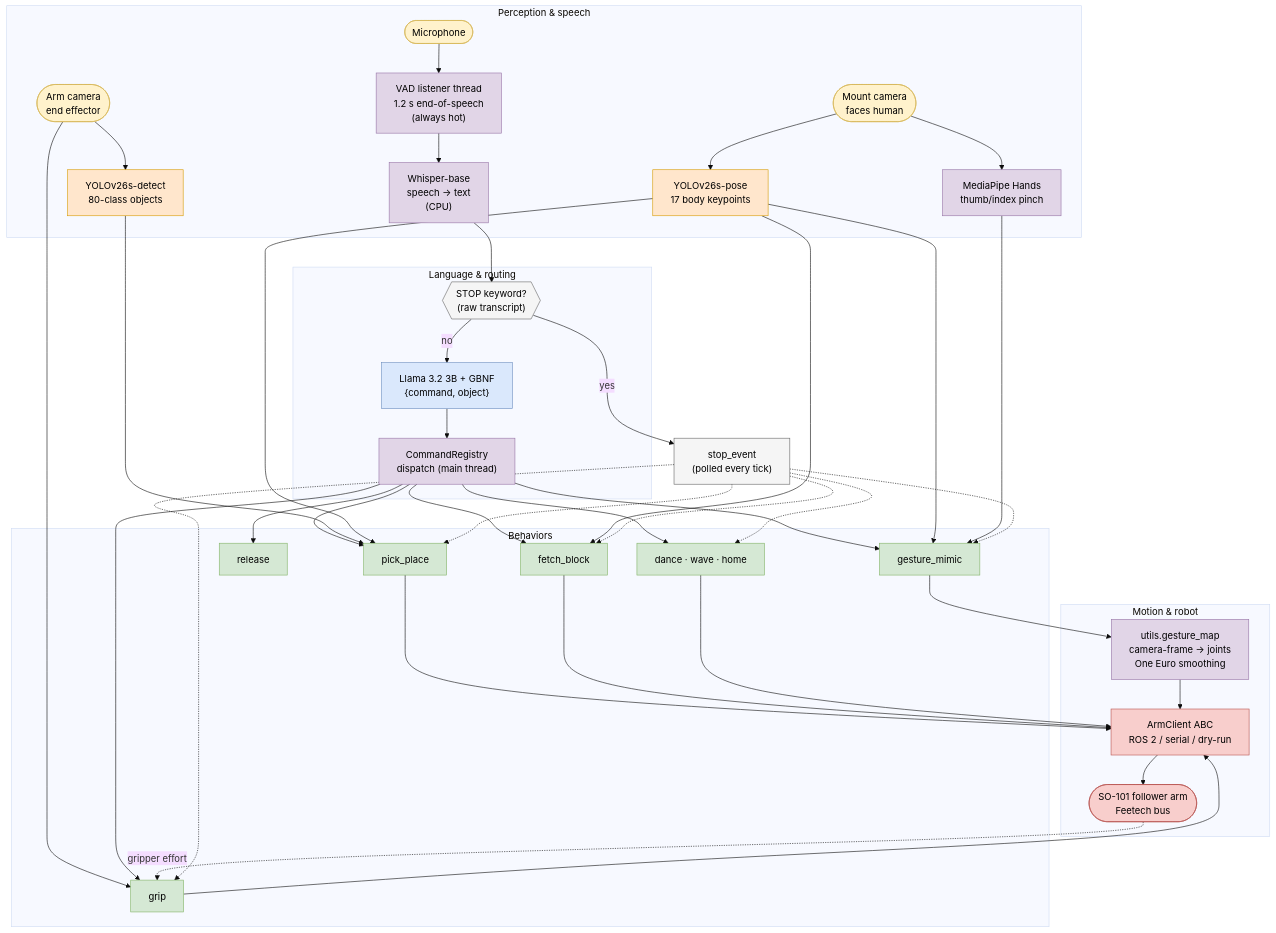
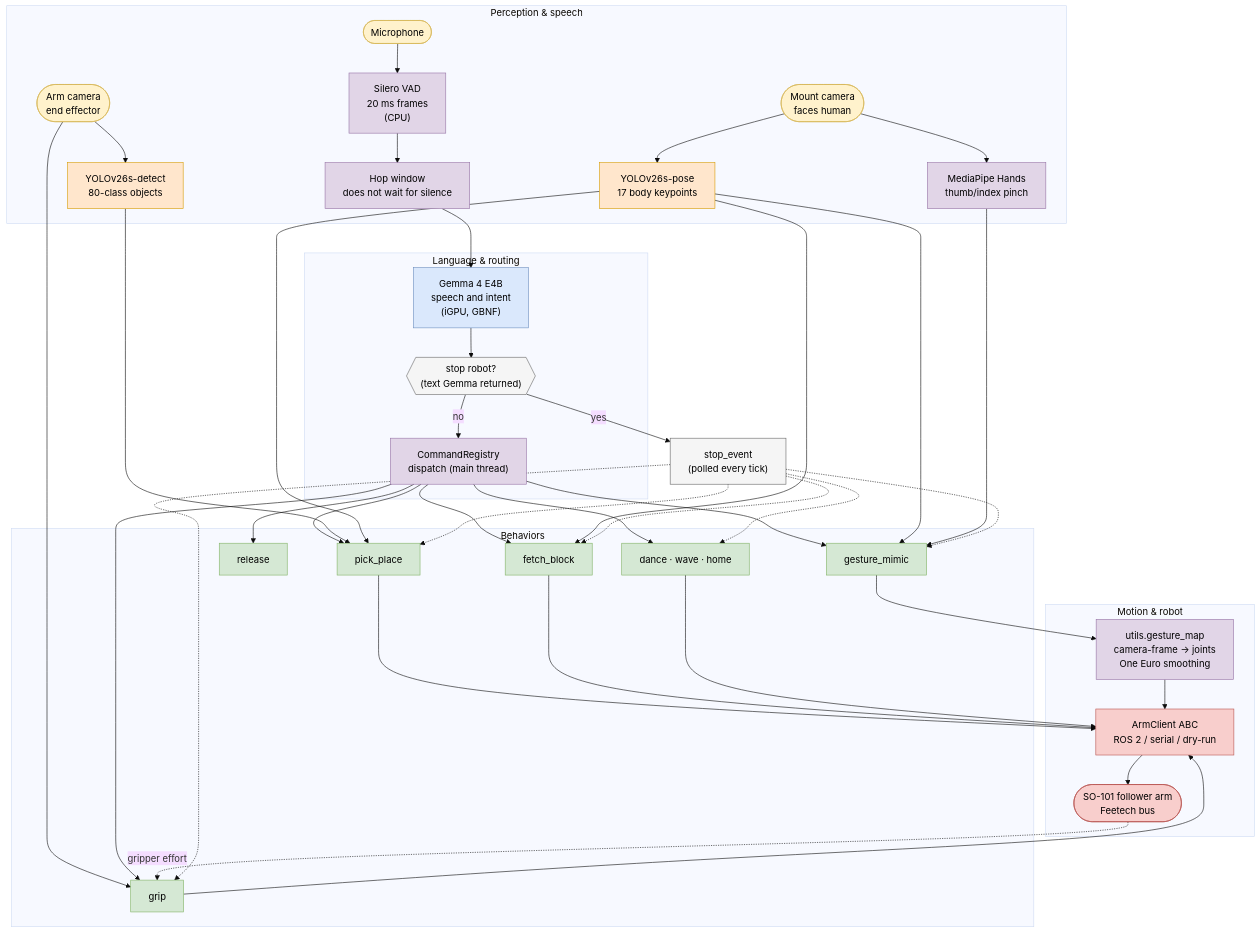
Before and after one commit to ThomasGmeinder/embedded-x86-ai: the first of 3 diagrams in workshops/vvla-pipeline/README.md, drawn with Mermaid (base theme). The commit also changed other lines of this file and 1 other file, not shown here.

First line of the commit message:
Document Gemma 4 on a hop as the voice path, with no denoiser in front.

````diff
--- a/workshops/vvla-pipeline/README.md
+++ b/workshops/vvla-pipeline/README.md
@@ -12,72 +12,72 @@
 ```mermaid
 flowchart TB
     subgraph SENSE["Perception &amp; speech"]
         MIC([Microphone]):::io
         MOUNTCAM([Mount camera<br/>faces human]):::io
         ARMCAM([Arm camera<br/>end effector]):::io
 
-        VAD["VAD listener thread<br/>1.2 s end-of-speech<br/>(always hot)"]:::cpu
-        WHISPER["Whisper-base<br/>speech → text<br/>(CPU)"]:::cpu
+        SILERO["Silero VAD<br/>20 ms frames<br/>(CPU)"]:::cpu
+        HOP["Hop window<br/>does not wait for silence"]:::cpu
         POSE["YOLOv26s-pose<br/>17 body keypoints"]:::npu
         DETECT["YOLOv26s-detect<br/>80-class objects"]:::npu
         HANDS["MediaPipe Hands<br/>thumb/index pinch"]:::cpu
     end
 
     subgraph THINK["Language &amp; routing"]
-        STOPCHK{{"STOP keyword?<br/>(raw transcript)"}}:::gate
-        LLAMA["Llama 3.2 3B + GBNF<br/>{command, object}"]:::gpu
+        GEMMA["Gemma 4 E4B<br/>speech and intent<br/>(iGPU, GBNF)"]:::gpu
+        STOPCHK{{"stop robot?<br/>(text Gemma returned)"}}:::gate
         REG["CommandRegistry<br/>dispatch (main thread)"]:::cpu
     end
 
     subgraph ACT["Behaviors"]
         MIMIC["gesture_mimic"]:::beh
         PICK["pick_place"]:::beh
         FETCH["fetch_block"]:::beh
         GRIP["grip"]:::beh
         RELEASE["release"]:::beh
         OTHER["dance · wave · home"]:::beh
     end
 
     subgraph MOVE["Motion &amp; robot"]
         RETARGET["utils.gesture_map<br/>camera-frame → joints<br/>One Euro smoothing"]:::cpu
         ARMCLIENT["ArmClient ABC<br/>ROS 2 / serial / dry-run"]:::robot
         ARM([SO-101 follower arm<br/>Feetech bus]):::robot
     end
 
     STOPEVENT["stop_event<br/>(polled every tick)"]:::gate
 
-    MIC --> VAD --> WHISPER --> STOPCHK
-    STOPCHK -- "no" --> LLAMA --> REG
+    MIC --> SILERO --> HOP --> GEMMA --> STOPCHK
+    STOPCHK -- "no" --> REG
     STOPCHK -- "yes" --> STOPEVENT
 
     MOUNTCAM --> POSE
     MOUNTCAM --> HANDS
     ARMCAM --> DETECT
     ARMCAM --> GRIP
 
     REG --> MIMIC & PICK & FETCH & GRIP & RELEASE & OTHER
 
     POSE --> MIMIC
     HANDS --> MIMIC
     DETECT --> PICK
     POSE --> PICK
     POSE --> FETCH
 
     MIMIC --> RETARGET --> ARMCLIENT
     PICK --> ARMCLIENT
     FETCH --> ARMCLIENT
     GRIP --> ARMCLIENT
     OTHER --> ARMCLIENT
     ARMCLIENT --> ARM
     ARM -. "gripper effort" .-> GRIP
 
     STOPEVENT -.-> MIMIC & PICK & FETCH & GRIP & OTHER
 
     classDef npu fill:#ffe6cc,stroke:#d79b00,color:#000;
     classDef gpu fill:#dae8fc,stroke:#6c8ebf,color:#000;
     classDef cpu fill:#e1d5e7,stroke:#9673a6,color:#000;
     classDef beh fill:#d5e8d4,stroke:#82b366,color:#000;
     classDef robot fill:#f8cecc,stroke:#b85450,color:#000;
     classDef io fill:#fff2cc,stroke:#d6b656,color:#000;
     classDef gate fill:#f5f5f5,stroke:#666,color:#000;
 ```
````
